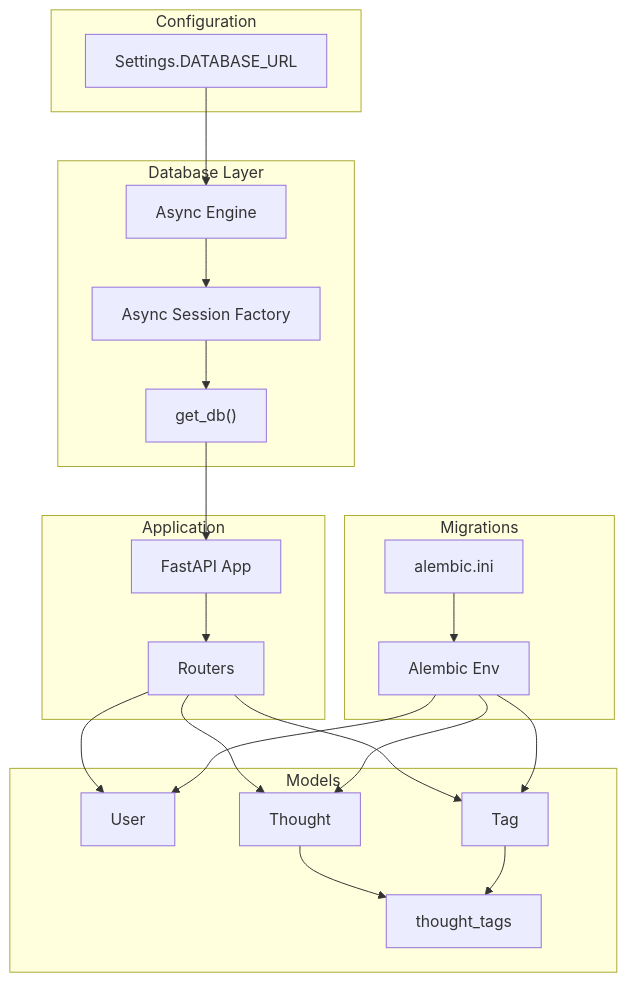
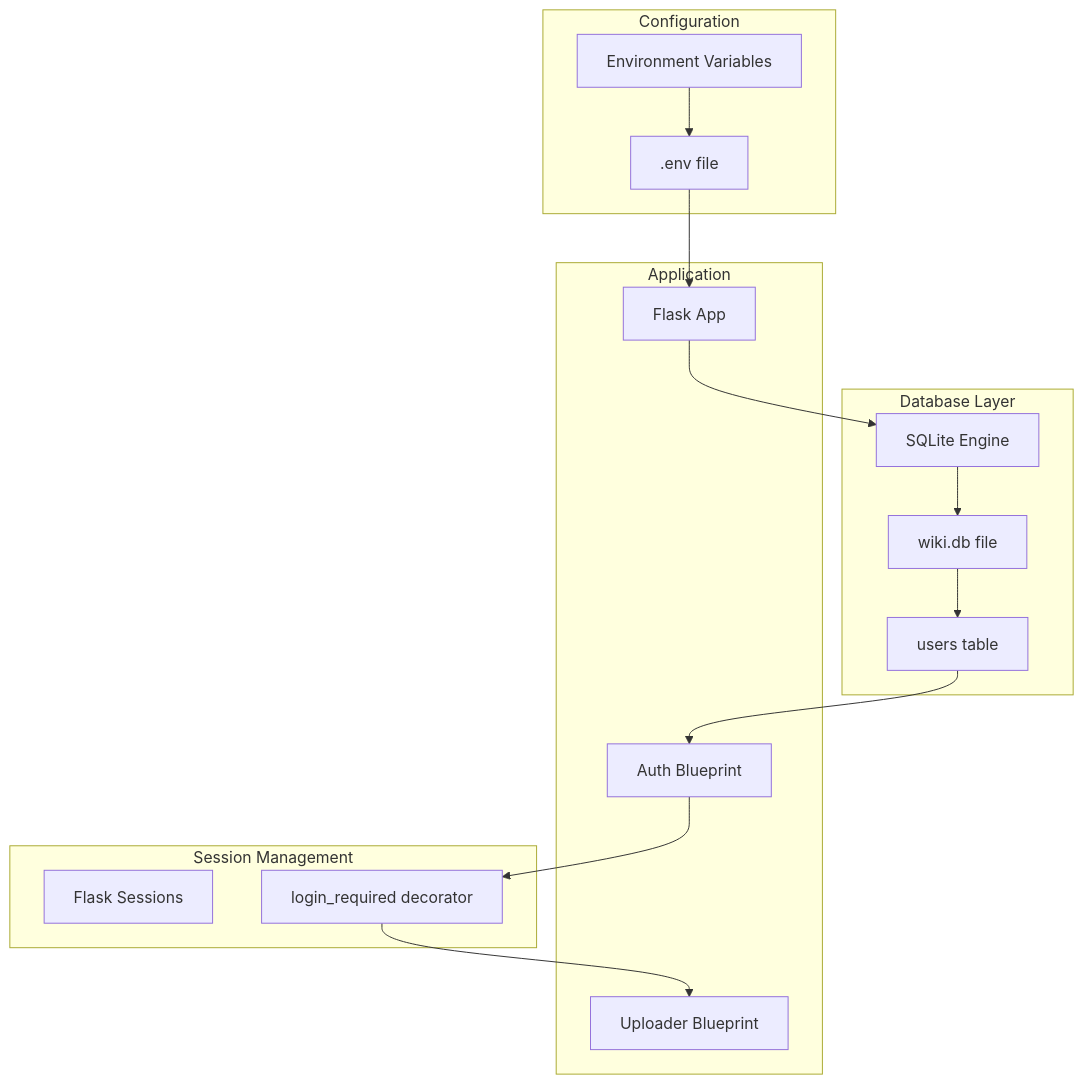
Before and after one commit to PolarisW007/PolaZhenJing: the second of 5 diagrams in .qoder/repowiki/en/content/Database Design.md, drawn with Mermaid. The commit also changed other lines of this file and 153 other files, not shown here.

````diff
--- a/.qoder/repowiki/en/content/Database Design.md
+++ b/.qoder/repowiki/en/content/Database Design.md
@@ -122,39 +80,29 @@
 ```mermaid
 graph TB
 subgraph "Configuration"
-Cfg["Settings.DATABASE_URL"]
+Env["Environment Variables"]
+DotEnv[".env file"]
 end
 subgraph "Database Layer"
-Eng["Async Engine"]
-Sess["Async Session Factory"]
-Dep["get_db()"]
+SQLite["SQLite Engine"]
+WikiDB["wiki.db file"]
+UsersTbl["users table"]
 end
 subgraph "Application"
-FA["FastAPI App"]
-RT["Routers"]
+FlaskApp["Flask App"]
+AuthBP["Auth Blueprint"]
+UploadBP["Uploader Blueprint"]
 end
-subgraph "Models"
-U["User"]
-T["Thought"]
-TG["Tag"]
-AT["thought_tags"]
+subgraph "Session Management"
+Session["Flask Sessions"]
+LoginReq["login_required decorator"]
 end
-subgraph "Migrations"
-AE["Alembic Env"]
-AL["alembic.ini"]
-end
-Cfg --> Eng
-Eng --> Sess
-Sess --> Dep
-Dep --> FA
-FA --> RT
-RT --> U
-RT --> T
-RT --> TG
-T --> AT
-TG --> AT
-AE --> U
-AE --> T
-AE --> TG
-AL --> AE
+Env --> DotEnv
+DotEnv --> FlaskApp
+FlaskApp --> SQLite
+SQLite --> WikiDB
+WikiDB --> UsersTbl
+UsersTbl --> AuthBP
+AuthBP --> LoginReq
+LoginReq --> UploadBP
 ```
````
